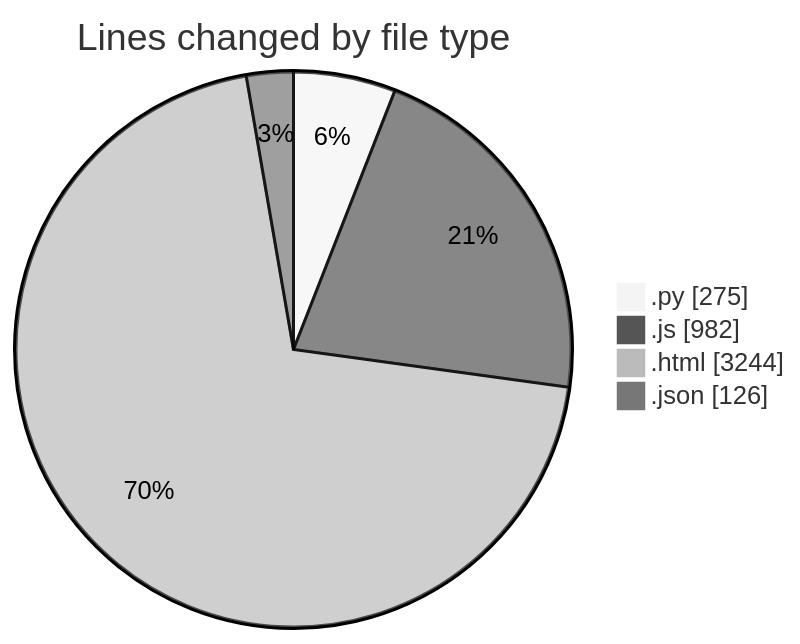
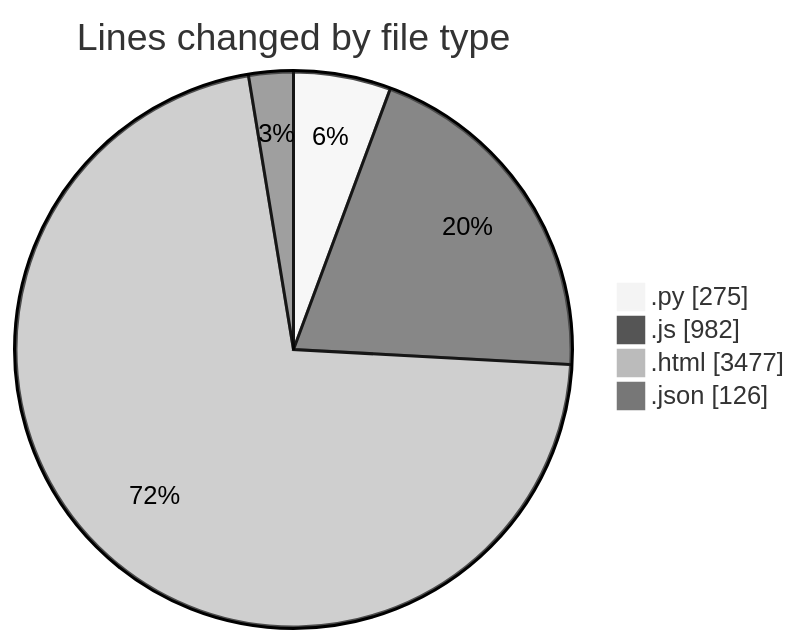
Before and after one commit to shibass792/code-tracking: the first of 2 diagrams in 2026-07-09/twenty_versions_aminor/README.md, drawn with Mermaid (neutral theme). The commit also changed other lines of this file and 1 other file, not shown here.

````diff
--- a/2026-07-09/twenty_versions_aminor/README.md
+++ b/2026-07-09/twenty_versions_aminor/README.md
@@ -30,8 +30,8 @@
 ```mermaid
 pie showData
 title Lines changed by file type
 ".py" : 275
 ".js" : 982
-".html" : 3244
+".html" : 3477
 ".json" : 126
 ```
````
